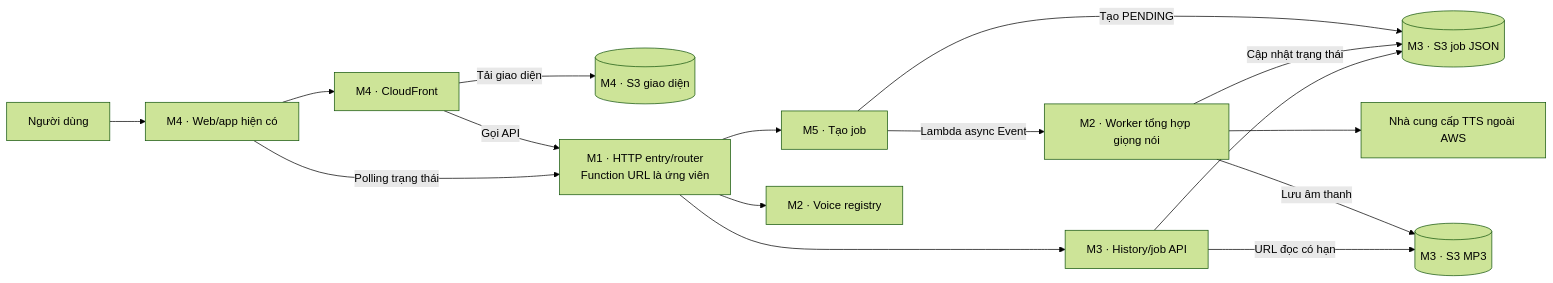
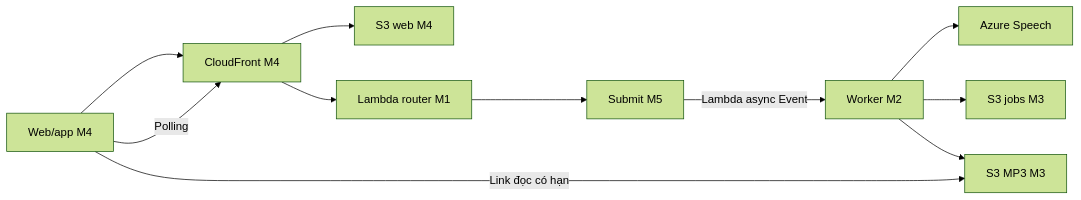
Before and after one commit to solvarhuynh/aws-multilingual-tts: the diagram in README.md, drawn with Mermaid (forest theme). The commit also changed other lines of this file and 30 other files, not shown here.

Commit message:
Tích hợp Azure Speech và thống nhất quy trình triển khai

````diff
--- a/README.md
+++ b/README.md
@@ -41,31 +45,13 @@
 ```mermaid
 flowchart LR
-    User[Người dùng]
-    UI[M4 · Web/app hiện có]
-    CF[M4 · CloudFront]
-    Web[(M4 · S3 giao diện)]
-    Entry[M1 · HTTP entry/router<br/>Function URL là ứng viên]
-    Submit[M5 · Tạo job]
-    Voice[M2 · Voice registry]
-    History[M3 · History/job API]
-    Worker[M2 · Worker tổng hợp giọng nói]
-    TTS[Nhà cung cấp TTS ngoài AWS]
-    Jobs[(M3 · S3 job JSON)]
-    Audio[(M3 · S3 MP3)]
-
-    User --> UI
-    UI --> CF
-    CF -->|Tải giao diện| Web
-    CF -->|Gọi API| Entry
-    Entry --> Submit
-    Entry --> Voice
-    Entry --> History
-    Submit -->|Tạo PENDING| Jobs
-    Submit -->|Lambda async Event| Worker
-    Worker --> TTS
-    Worker -->|Cập nhật trạng thái| Jobs
-    Worker -->|Lưu âm thanh| Audio
-    UI -->|Polling trạng thái| Entry
-    History --> Jobs
-    History -->|URL đọc có hạn| Audio
+    UI[Web/app M4] --> CF[CloudFront M4]
+    CF --> WEB[S3 web M4]
+    CF --> ROUTER[Lambda router M1]
+    ROUTER --> SUBMIT[Submit M5]
+    SUBMIT -->|Lambda async Event| WORKER[Worker M2]
+    WORKER --> AZURE[Azure Speech]
+    WORKER --> JOBS[S3 jobs M3]
+    WORKER --> AUDIO[S3 MP3 M3]
+    UI -->|Polling| CF
+    UI -->|Link đọc có hạn| AUDIO
 ```
````
